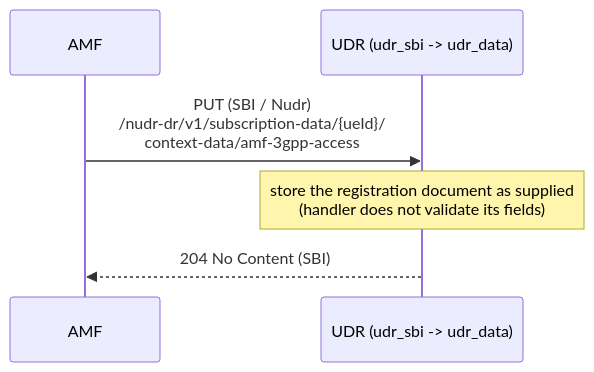
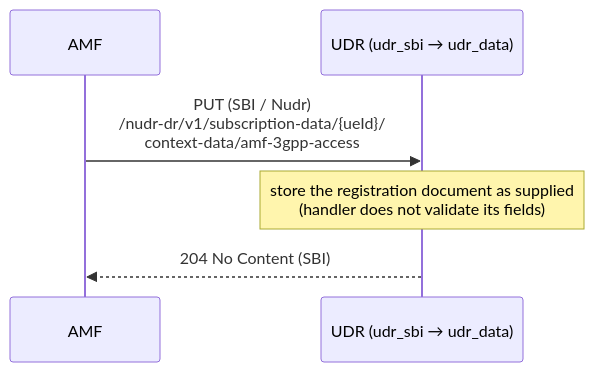
Before and after one commit to next-nf/udr: the fifth of 6 diagrams in docs/manual/diagrams/README.md, drawn with Mermaid. The commit also changed other lines of this file and 4 other files, not shown here.

First line of the commit message:
docs(manual): fix Mermaid diagrams not rendering on GitHub

````diff
--- a/docs/manual/diagrams/README.md
+++ b/docs/manual/diagrams/README.md
@@ -151,8 +151,8 @@
 ```mermaid
 sequenceDiagram
     participant AMF
-    participant HSS as UDR (udr_sbi -> udr_data)
+    participant HSS as UDR (udr_sbi → udr_data)
     AMF->>HSS: PUT (SBI / Nudr)<br/>/nudr-dr/v1/subscription-data/{ueId}/<br/>context-data/amf-3gpp-access
     Note over HSS: store the registration document as supplied<br/>(handler does not validate its fields)
     HSS-->>AMF: 204 No Content (SBI)
 ```
````
